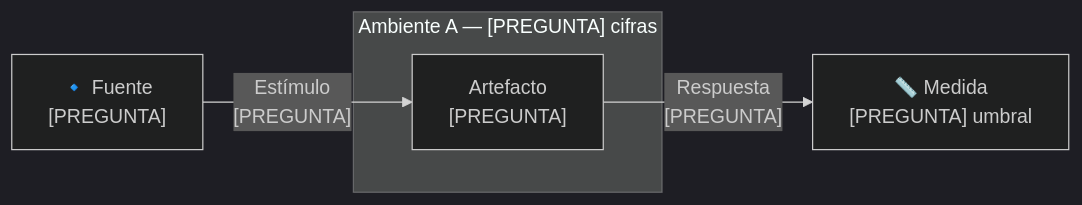
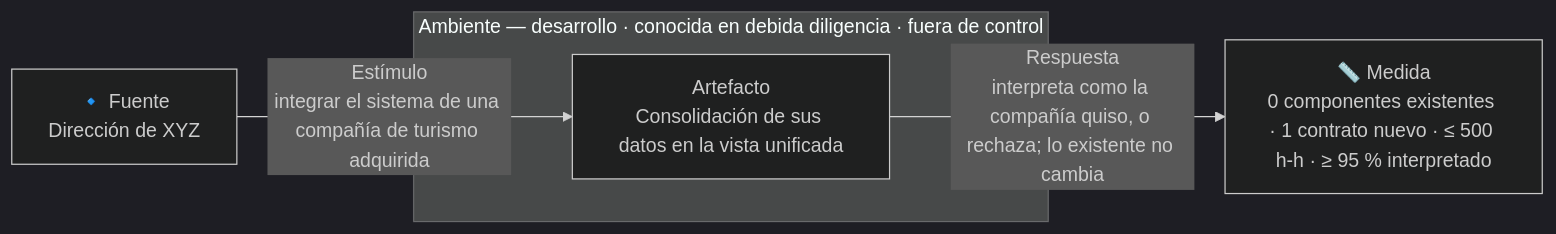
Before and after one commit to MATI-MBIT/arqsoft-reto-3: the first of 2 diagrams in docs/quality-attributes.md, drawn with Mermaid (dark theme). The commit also changed other lines of this file and 9 other files, not shown here.

````diff
--- a/docs/quality-attributes.md
+++ b/docs/quality-attributes.md
@@ -127,9 +194,9 @@
 ```mermaid
 flowchart LR
-    F["🔹 Fuente<br/>[PREGUNTA]"]
-    F -- "Estímulo<br/>[PREGUNTA]" --> A
-    subgraph AMB["Ambiente A — [PREGUNTA] cifras"]
-        A["Artefacto<br/>[PREGUNTA]"]
+    F["🔹 Fuente<br/>Dirección de XYZ"]
+    F -- "Estímulo<br/>integrar el sistema de una compañía de turismo adquirida" --> A
+    subgraph AMB["Ambiente — desarrollo · conocida en debida diligencia · fuera de control"]
+        A["Artefacto<br/>Consolidación de sus datos en la vista unificada"]
     end
-    A -- "Respuesta<br/>[PREGUNTA]" --> M["📏 Medida<br/>[PREGUNTA] umbral"]
+    A -- "Respuesta<br/>interpreta como la compañía quiso, o rechaza; lo existente no cambia" --> M["📏 Medida<br/>0 componentes existentes · 1 contrato nuevo · ≤ 500 h-h · ≥ 95 % interpretado"]
 ```
````
